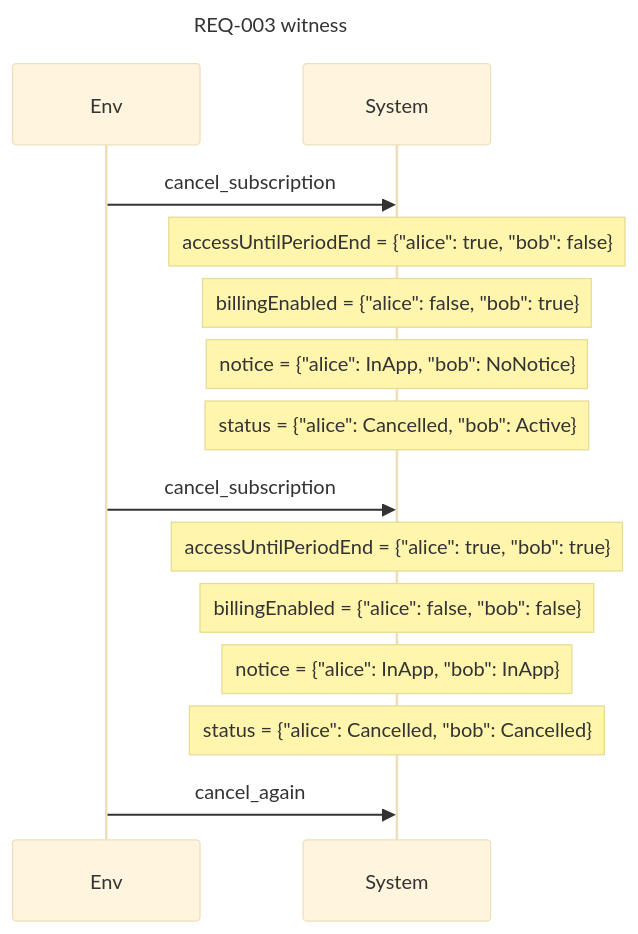
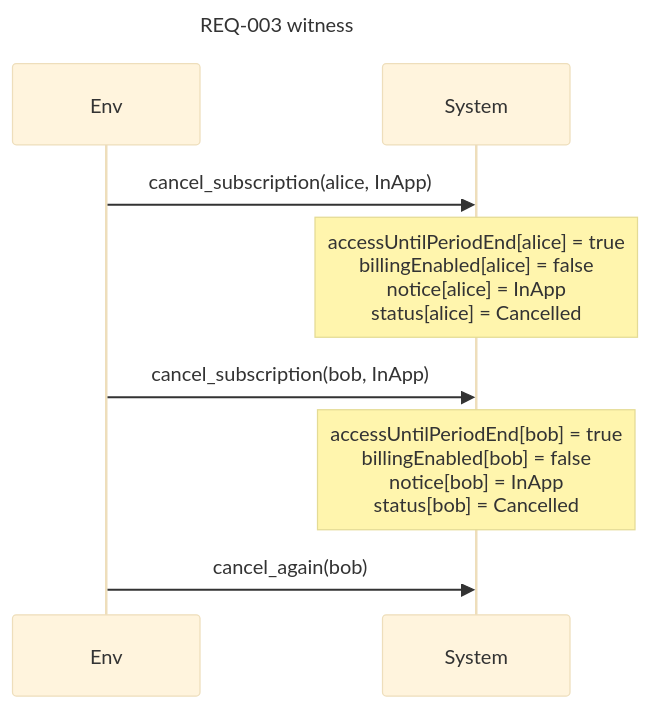
Before and after one commit to AlesKracik/quintessence: the seventh of 10 diagrams in examples/specs/subscription.readback.md, drawn with Mermaid (base theme). The commit also changed other lines of this file and 17 other files, not shown here.

````diff
--- a/examples/specs/subscription.readback.md
+++ b/examples/specs/subscription.readback.md
@@ -388,17 +407,11 @@
 ```mermaid
 sequenceDiagram
     title REQ-003 witness
     participant E as Env
     participant S as System
-    E->>S: cancel_subscription
-    Note over S: accessUntilPeriodEnd = {"alice": true, "bob": false}
-    Note over S: billingEnabled = {"alice": false, "bob": true}
-    Note over S: notice = {"alice": InApp, "bob": NoNotice}
-    Note over S: status = {"alice": Cancelled, "bob": Active}
-    E->>S: cancel_subscription
-    Note over S: accessUntilPeriodEnd = {"alice": true, "bob": true}
-    Note over S: billingEnabled = {"alice": false, "bob": false}
-    Note over S: notice = {"alice": InApp, "bob": InApp}
-    Note over S: status = {"alice": Cancelled, "bob": Cancelled}
-    E->>S: cancel_again
+    E->>S: cancel_subscription(alice, InApp)
+    Note over S: accessUntilPeriodEnd[alice] = true<br/>billingEnabled[alice] = false<br/>notice[alice] = InApp<br/>status[alice] = Cancelled
+    E->>S: cancel_subscription(bob, InApp)
+    Note over S: accessUntilPeriodEnd[bob] = true<br/>billingEnabled[bob] = false<br/>notice[bob] = InApp<br/>status[bob] = Cancelled
+    E->>S: cancel_again(bob)
 ```
````
